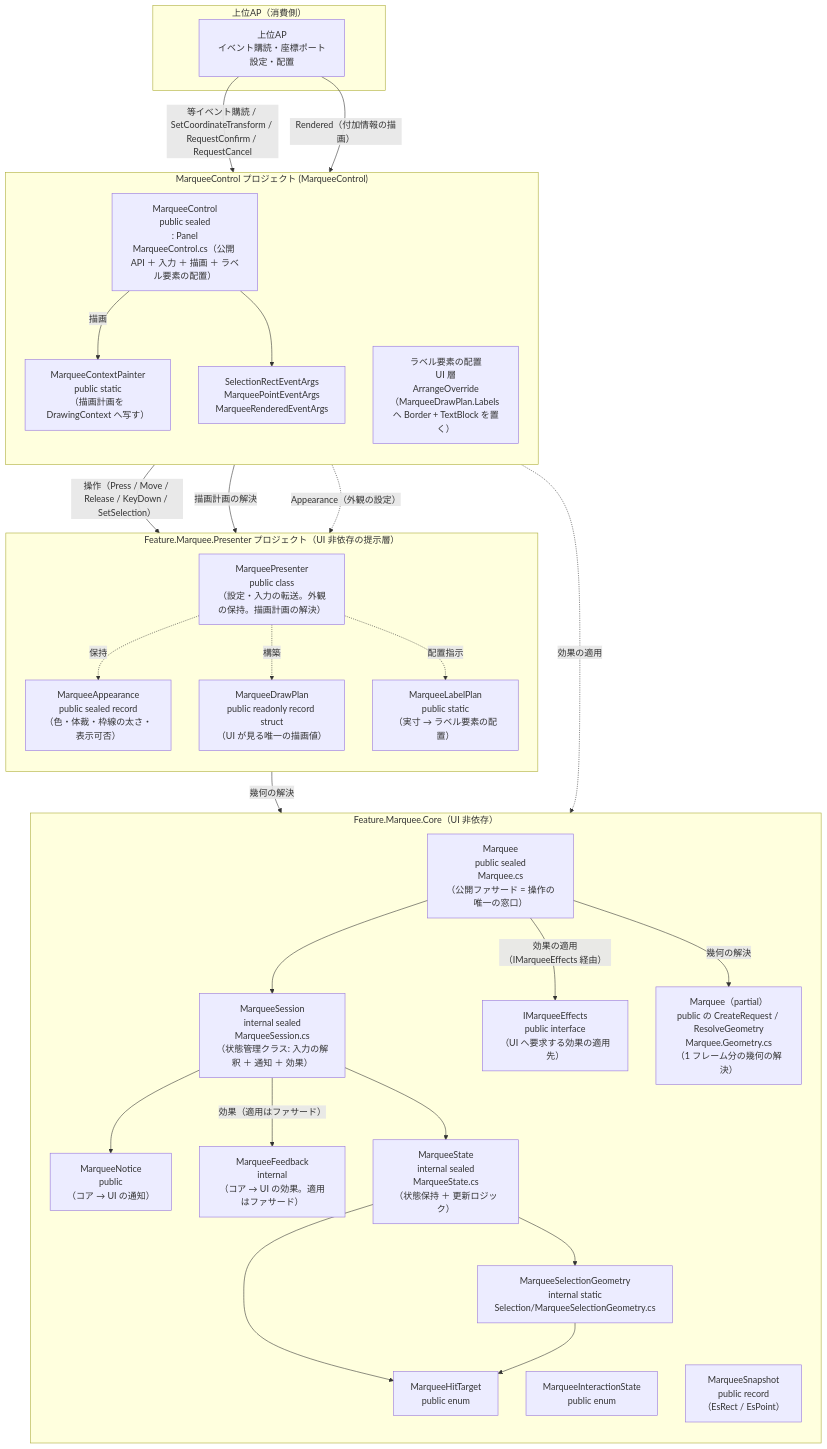
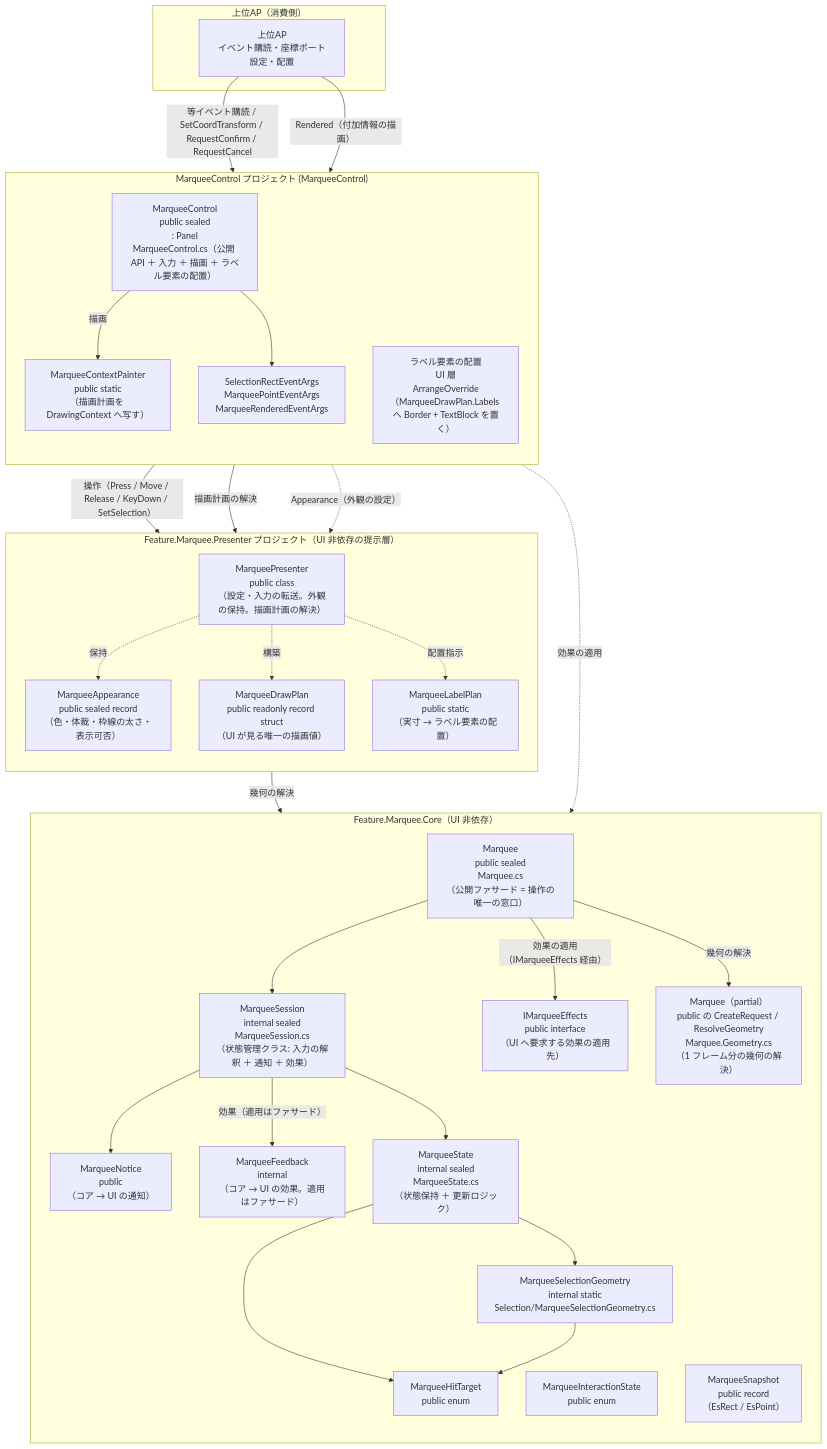
One commit to tomokuni/SaveEvidence changed the first of 2 diagrams in src/MarqueeControl.AvaloniaUI/SPEC_System.md. Above: the diagram before and after it, drawn with Mermaid. The commit also changed other lines of this file and 110 other files, not shown here.

````diff
--- a/src/MarqueeControl.AvaloniaUI/SPEC_System.md
+++ b/src/MarqueeControl.AvaloniaUI/SPEC_System.md
@@ -100,56 +100,56 @@
 ```mermaid
 flowchart TB
     subgraph Host["上位AP（消費側）"]
         AP["上位AP<br/>イベント購読・座標ポート設定・配置"]
     end
     subgraph Core["Feature.Marquee.Core（UI 非依存）"]
         direction TB
         Fac["Marquee<br/>public sealed<br/>Marquee.cs<br/>（公開ファサード = 操作の唯一の窓口）"]
         Eff["IMarqueeEffects<br/>public interface<br/>（UI へ要求する効果の適用先）"]
         Ses["MarqueeSession<br/>internal sealed<br/>MarqueeSession.cs<br/>（状態管理クラス: 入力の解釈 ＋ 通知 ＋ 効果）"]
         Ntc["MarqueeNotice<br/>public<br/>（コア → UI の通知）"]
         Fbk["MarqueeFeedback<br/>internal<br/>（コア → UI の効果。適用はファサード）"]
         Stt["MarqueeState<br/>internal sealed<br/>MarqueeState.cs<br/>（状態保持 ＋ 更新ロジック）"]
         Geo["MarqueeSelectionGeometry<br/>internal static<br/>Selection/MarqueeSelectionGeometry.cs"]
         Hdl["MarqueeHitTarget<br/>public enum"]
         Hdl2["MarqueeInteractionState<br/>public enum"]
         Hdl3["MarqueeSnapshot<br/>public record<br/>（EsRect / EsPoint）"]
         Frm["Marquee（partial）<br/>public の CreateRequest / ResolveGeometry<br/>Marquee.Geometry.cs<br/>（1 フレーム分の幾何の解決）"]
     end
     subgraph DRC2["MarqueeControl プロジェクト (MarqueeControl)"]
         direction TB
         Ctl["MarqueeControl<br/>public sealed<br/>: Panel<br/>MarqueeControl.cs（公開 API ＋ 入力 ＋ 描画 ＋ ラベル要素の配置）"]
         Painter["MarqueeContextPainter<br/>public static<br/>（描画計画を DrawingContext へ写す）"]
         Lbl["ラベル要素の配置<br/>UI 層<br/>ArrangeOverride<br/>（MarqueeDrawPlan.Labels へ Border + TextBlock を置く）"]
         Evt["SelectionRectEventArgs<br/>MarqueePointEventArgs<br/>MarqueeRenderedEventArgs"]
     end
     subgraph Rnd2["Feature.Marquee.Presenter プロジェクト（UI 非依存の提示層）"]
         direction TB
         Prs["MarqueePresenter<br/>public class<br/>（設定・入力の転送。外観の保持。描画計画の解決）"]
         Plan["MarqueeDrawPlan<br/>public readonly record struct<br/>（UI が見る唯一の描画値）"]
         Apx["MarqueeAppearance<br/>public sealed record<br/>（色・体裁・枠線の太さ・表示可否）"]
         Pln["MarqueeLabelPlan<br/>public static<br/>（実寸 → ラベル要素の配置）"]
     end
 
-    AP -->|等イベント購読 / SetCoordinateTransform / RequestConfirm / RequestCancel| Ctl
+    AP -->|等イベント購読 / SetCoordTransform / RequestConfirm / RequestCancel| Ctl
     AP -->|Rendered（付加情報の描画）| Lbl
     Ctl -->|操作（Press / Move / Release / KeyDown / SetSelection）| Prs
     Ctl -.->|効果の適用| Eff
     Ctl -->|描画計画の解決| Prs
     Ctl -->|描画| Painter
     Ctl -.->|Appearance（外観の設定）| Prs
     Prs -.->|保持| Apx
     Prs -.->|構築| Plan
     Prs -.->|配置指示| Pln
     Prs -->|幾何の解決| Fac
     Fac --> Ses
     Fac -->|効果の適用（IMarqueeEffects 経由）| Eff
     Fac -->|幾何の解決| Frm
     Ctl --> Evt
     Ses --> Ntc
     Ses -->|効果（適用はファサード）| Fbk
     Ses --> Stt
     Stt --> Geo
     Stt --> Hdl
     Geo --> Hdl
 ```
````
